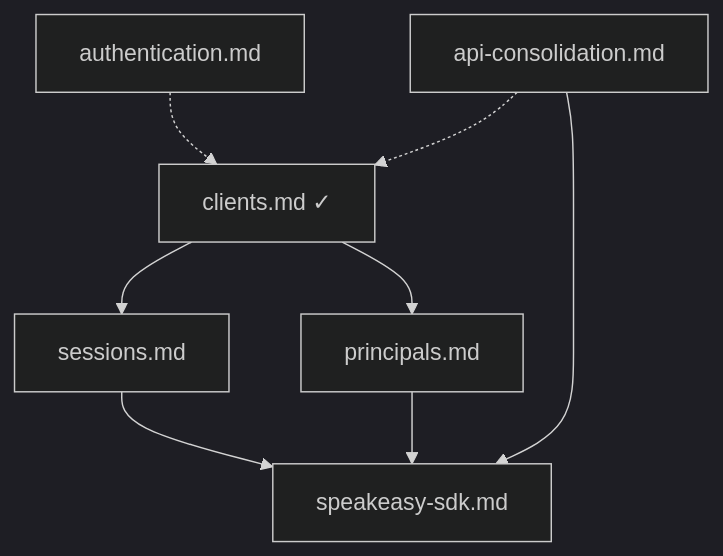
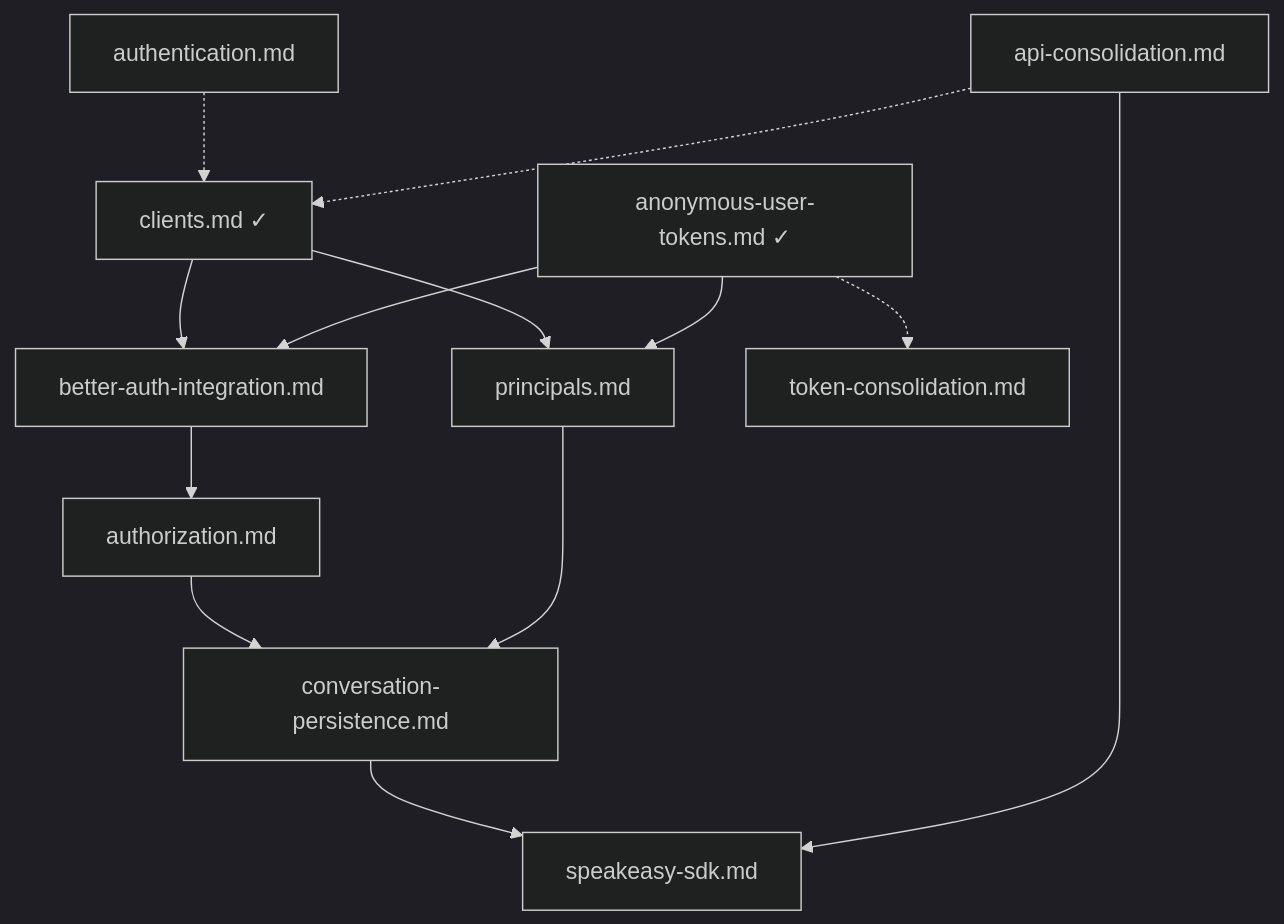
One commit to inkeep/agents changed the diagram in spec/SPEC_PLAN.md. Above: the diagram before and after it, drawn with Mermaid (dark theme). The commit also changed other lines of this file and 1 other file, not shown here.

Commit message:
updated spec

````diff
--- a/spec/SPEC_PLAN.md
+++ b/spec/SPEC_PLAN.md
@@ -24,10 +28,15 @@
 ```mermaid
 flowchart TD
-    A[clients.md ✓] --> B[sessions.md]
+    A[clients.md ✓] --> B[better-auth-integration.md]
     A --> C[principals.md]
-    B --> D[speakeasy-sdk.md]
-    C --> D
+    G[anonymous-user-tokens.md ✓] --> B
+    G --> C
+    G -.-> J[token-consolidation.md]
+    B --> H[authorization.md]
+    H --> I[conversation-persistence.md]
+    C --> I
+    I --> D[speakeasy-sdk.md]
     E[authentication.md] -.-> A
     F[api-consolidation.md] --> D
     F -.-> A
 ```
````
